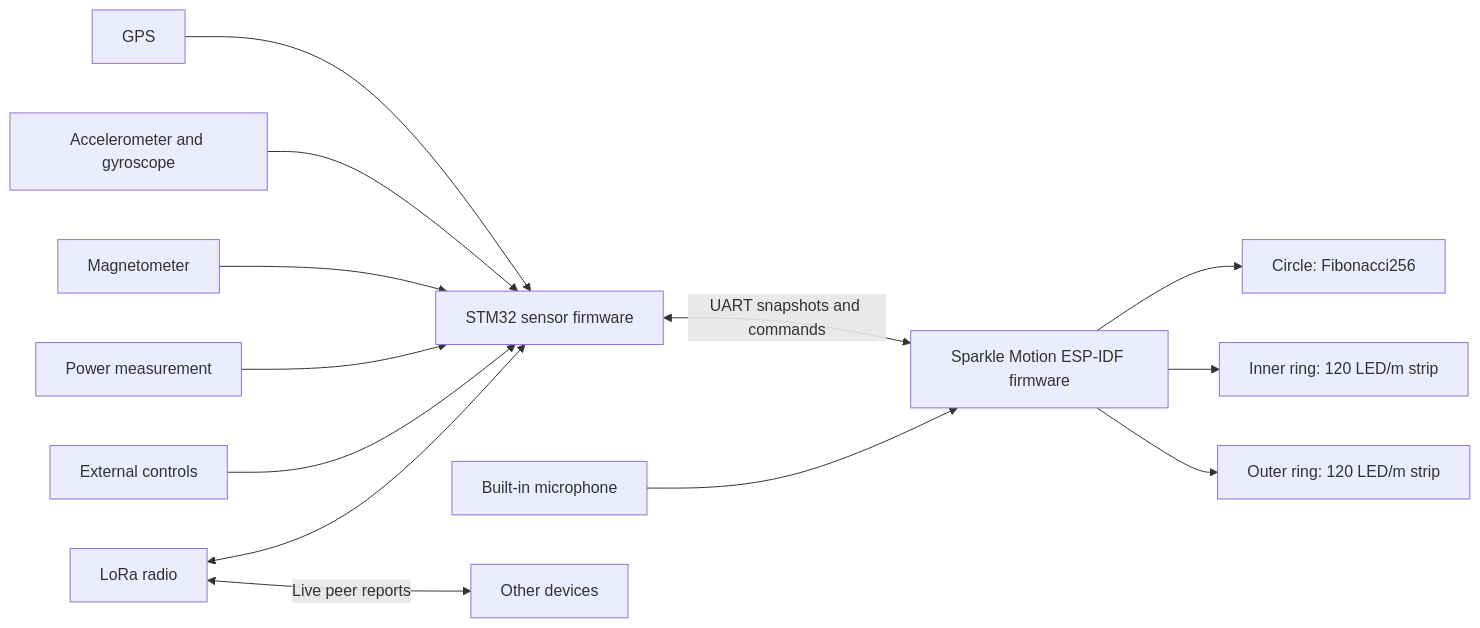
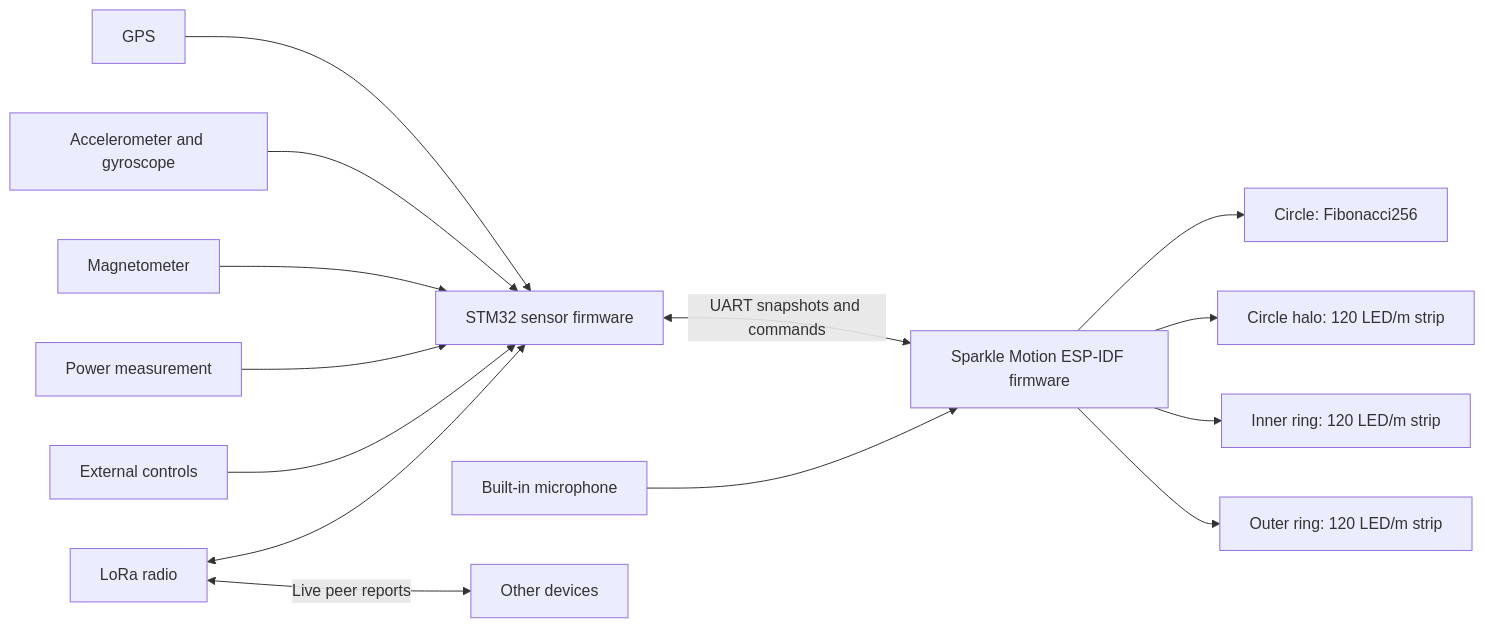
One commit to BlinkyStitt/smart-compass-v0 changed the diagram in design-v2.md. Above: the diagram before and after it, drawn with Mermaid. The commit also changed other lines of this file and 45 other files, not shown here.

Commit message:
feat: add covered compass body and floating circle halo

````diff
--- a/design-v2.md
+++ b/design-v2.md
@@ -65,15 +66,16 @@
 ```mermaid
 flowchart LR
     GPS[GPS] --> STM[STM32 sensor firmware]
     IMU[Accelerometer and gyroscope] --> STM
     MAG[Magnetometer] --> STM
     POWER[Power measurement] --> STM
     KEYS[External controls] --> STM
     RADIO[LoRa radio] <--> STM
     STM <-->|UART snapshots and commands| ESP[Sparkle Motion ESP-IDF firmware]
     MIC[Built-in microphone] --> ESP
     ESP --> CIRCLE[Circle: Fibonacci256]
+    ESP --> HALO[Circle halo: 120 LED/m strip]
     ESP --> INNER[Inner ring: 120 LED/m strip]
     ESP --> OUTER[Outer ring: 120 LED/m strip]
     RADIO <-->|Live peer reports| PEERS[Other devices]
 ```
````
